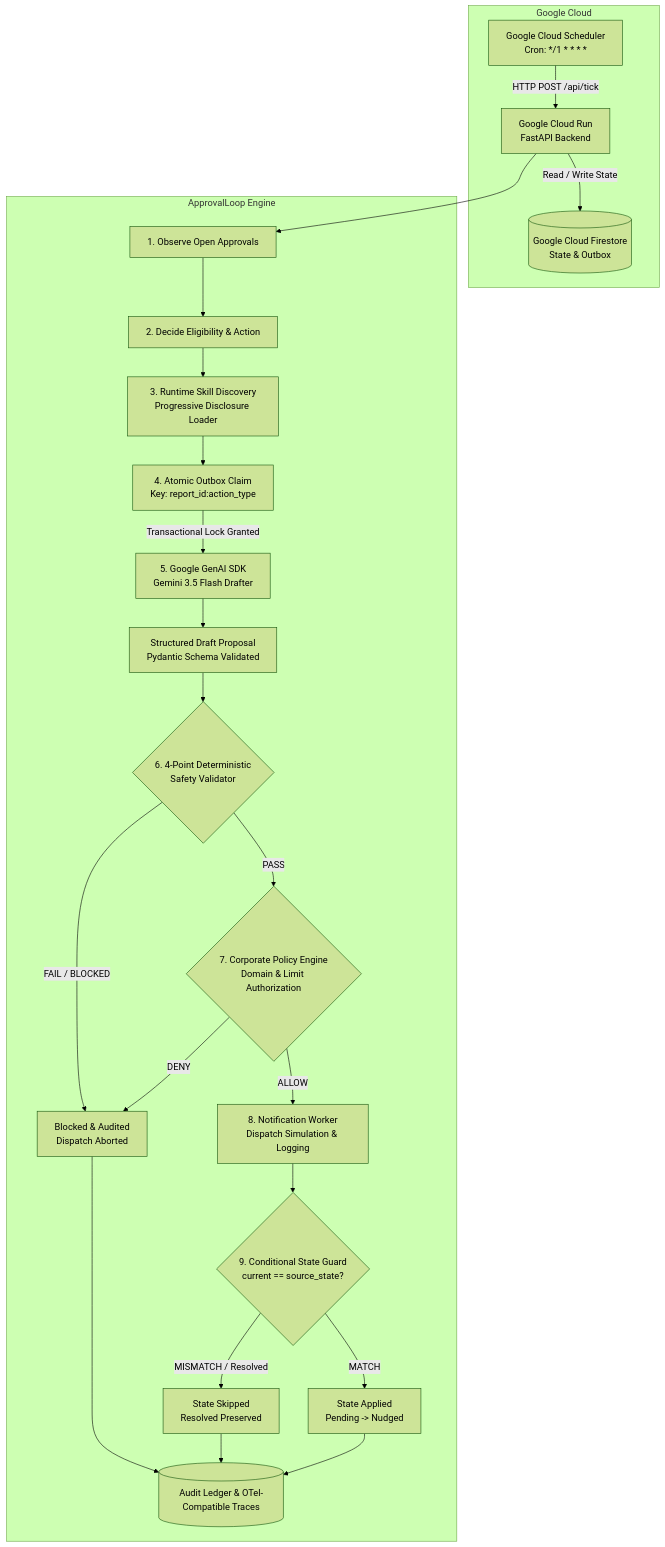
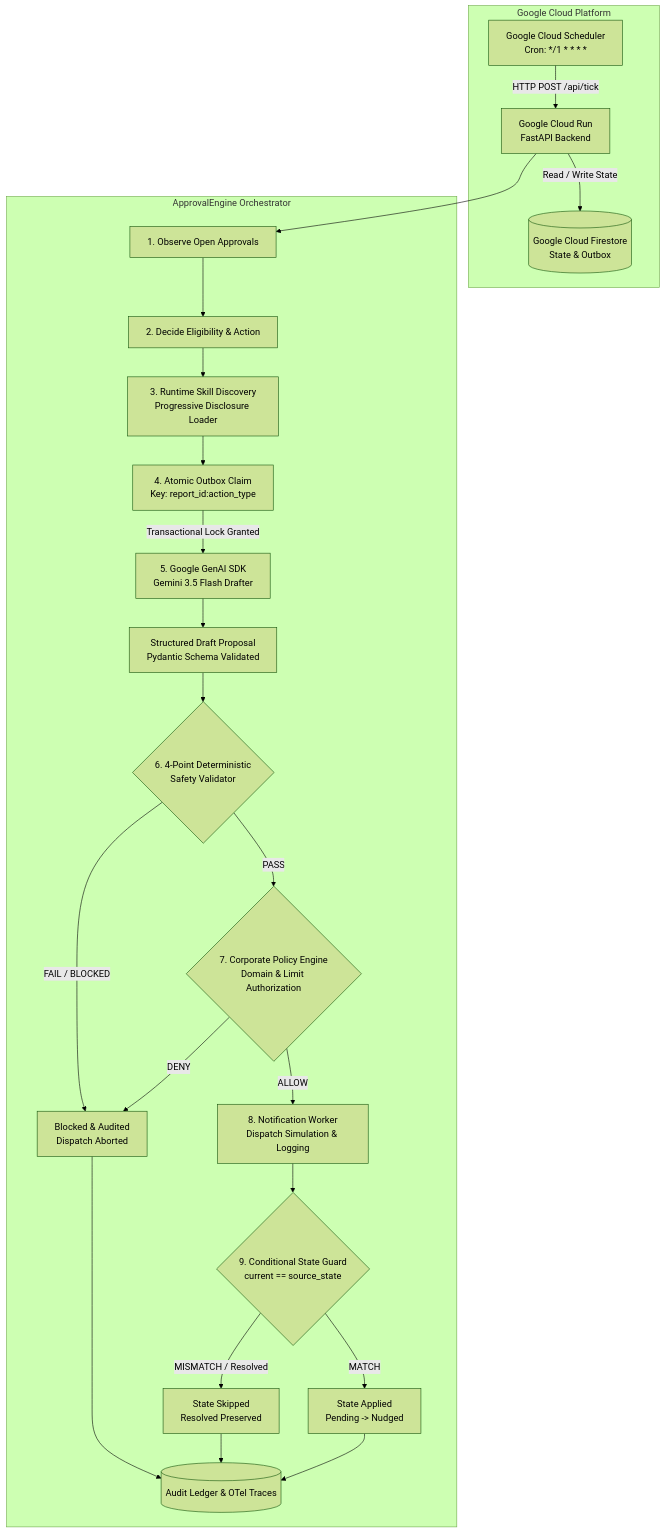
The diagram in README.md (aaminashihab/approvalLoop), drawn with Mermaid (forest theme) before and after one commit. The commit also changed other lines of this file, not shown here.

Commit message:
docs: fix mermaid syntax and embed vector architecture SVG diagram in README

````diff
--- a/README.md
+++ b/README.md
@@ -58,32 +67,32 @@
 ```mermaid
 flowchart TD
-    subgraph Google Cloud
-        CS[Google Cloud Scheduler\nCron: */1 * * * *] -->|HTTP POST /api/tick| CR[Google Cloud Run\nFastAPI Backend]
-        CR -->|Read / Write State| FS[(Google Cloud Firestore\nState & Outbox)]
+    subgraph GCP["Google Cloud Platform"]
+        CS["Google Cloud Scheduler<br/>Cron: */1 * * * *"] -->|HTTP POST /api/tick| CR["Google Cloud Run<br/>FastAPI Backend"]
+        CR -->|Read / Write State| FS[("Google Cloud Firestore<br/>State &amp; Outbox")]
     end
 
-    subgraph ApprovalLoop Engine
-        CR --> OBS[1. Observe Open Approvals]
-        OBS --> DEC[2. Decide Eligibility & Action]
-        DEC --> SKL[3. Runtime Skill Discovery\nProgressive Disclosure Loader]
-        SKL --> CLM[4. Atomic Outbox Claim\nKey: report_id:action_type]
+    subgraph Engine["ApprovalEngine Orchestrator"]
+        CR --> OBS["1. Observe Open Approvals"]
+        OBS --> DEC["2. Decide Eligibility &amp; Action"]
+        DEC --> SKL["3. Runtime Skill Discovery<br/>Progressive Disclosure Loader"]
+        SKL --> CLM["4. Atomic Outbox Claim<br/>Key: report_id:action_type"]
         
-        CLM -->|Transactional Lock Granted| GAI[5. Google GenAI SDK\nGemini 3.5 Flash Drafter]
-        GAI --> DRAFT[Structured Draft Proposal\nPydantic Schema Validated]
+        CLM -->|Transactional Lock Granted| GAI["5. Google GenAI SDK<br/>Gemini 3.5 Flash Drafter"]
+        GAI --> DRAFT["Structured Draft Proposal<br/>Pydantic Schema Validated"]
         
-        DRAFT --> VAL{6. 4-Point Deterministic\nSafety Validator}
-        VAL -->|PASS| POL{7. Corporate Policy Engine\nDomain & Limit Authorization}
-        VAL -->|FAIL / BLOCKED| BLK[Blocked & Audited\nDispatch Aborted]
+        DRAFT --> VAL{"6. 4-Point Deterministic<br/>Safety Validator"}
+        VAL -->|PASS| POL{"7. Corporate Policy Engine<br/>Domain &amp; Limit Authorization"}
+        VAL -->|FAIL / BLOCKED| BLK["Blocked &amp; Audited<br/>Dispatch Aborted"]
         
-        POL -->|ALLOW| ACT[8. Notification Worker\nDispatch Simulation & Logging]
+        POL -->|ALLOW| ACT["8. Notification Worker<br/>Dispatch Simulation &amp; Logging"]
         POL -->|DENY| BLK
         
-        ACT --> CG{9. Conditional State Guard\ncurrent == source_state?}
-        CG -->|MATCH| APP[State Applied\nPending -> Nudged]
-        CG -->|MISMATCH / Resolved| SKP[State Skipped\nResolved Preserved]
+        ACT --> CG{"9. Conditional State Guard<br/>current == source_state"}
+        CG -->|MATCH| APP["State Applied<br/>Pending -&gt; Nudged"]
+        CG -->|MISMATCH / Resolved| SKP["State Skipped<br/>Resolved Preserved"]
         
-        APP --> AUD[(Audit Ledger & OTel-Compatible Traces)]
+        APP --> AUD[("Audit Ledger &amp; OTel Traces")]
         SKP --> AUD
         BLK --> AUD
     end
 ```
````
